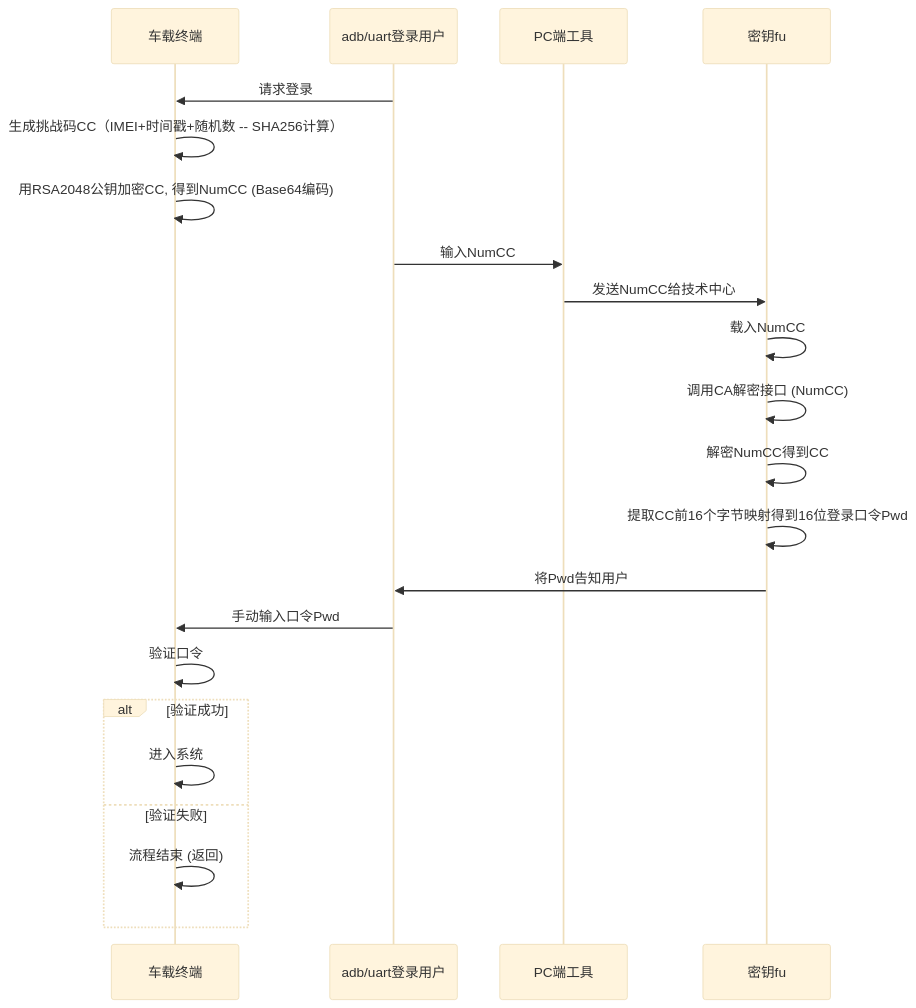
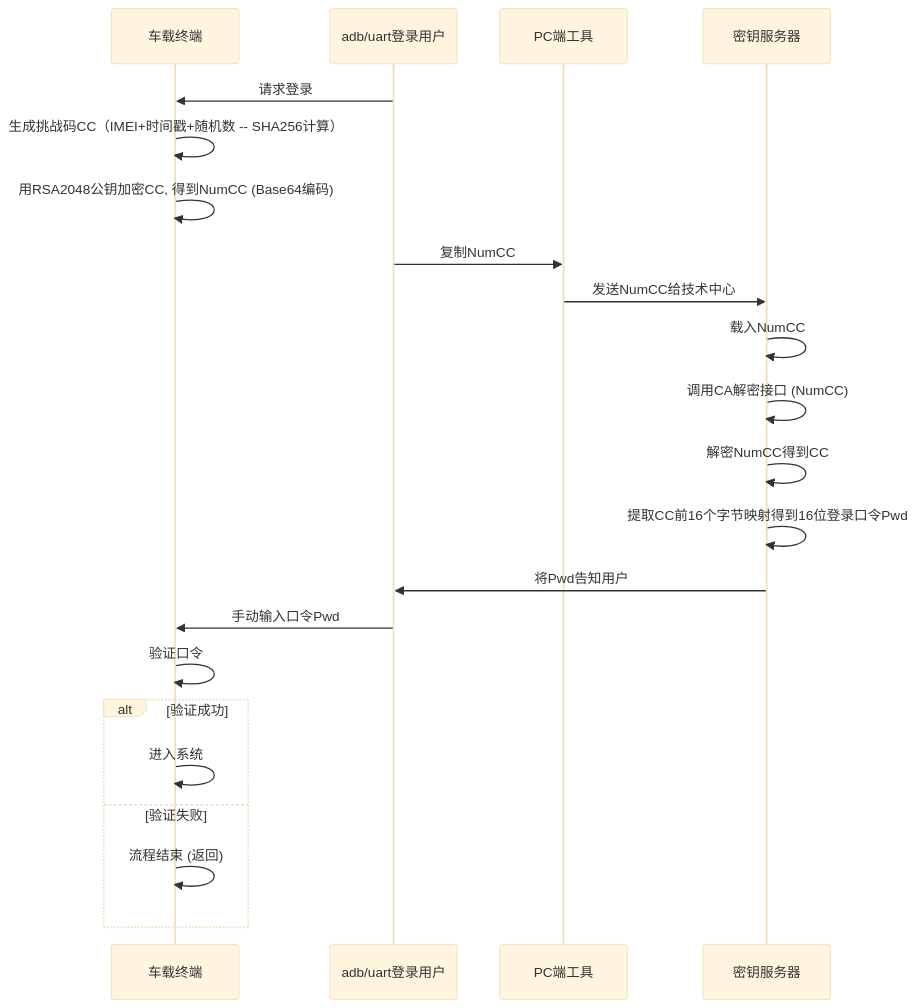
Before and after one commit to facebook-cloud/iodraw-files: the diagram in all/未命名-13.md, drawn with Mermaid (base theme).

Commit message:
2026-01-27 11:22:22 update

````diff
--- a/all/未命名-13.md
+++ b/all/未命名-13.md
@@ -1,28 +1,28 @@
 ```mermaid
 sequenceDiagram
     participant tbox as 车载终端
     participant user as adb/uart登录用户
     participant pc as PC端工具
-    participant tech_center as 密钥fu
+    participant tech_center as 密钥服务器
   
 
     user->>tbox: 请求登录
     tbox->>tbox: 生成挑战码CC（IMEI+时间戳+随机数 -- SHA256计算）
     tbox->>tbox: 用RSA2048公钥加密CC, 得到NumCC (Base64编码)
-    user->>pc: 输入NumCC
+    user->>pc: 复制NumCC
     pc->>tech_center: 发送NumCC给技术中心
     tech_center->>tech_center: 载入NumCC
     tech_center->>tech_center: 调用CA解密接口 (NumCC)
     tech_center->>tech_center: 解密NumCC得到CC
     tech_center->>tech_center: 提取CC前16个字节映射得到16位登录口令Pwd
     tech_center->>user: 将Pwd告知用户
     user->>tbox: 手动输入口令Pwd
     tbox->>tbox: 验证口令
     alt 验证成功
         tbox->>tbox: 进入系统
     else 验证失败
         tbox->>tbox: 流程结束 (返回)
     end
 
 
 ```
````
